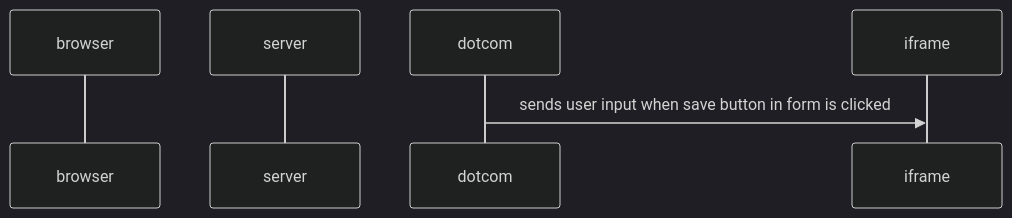
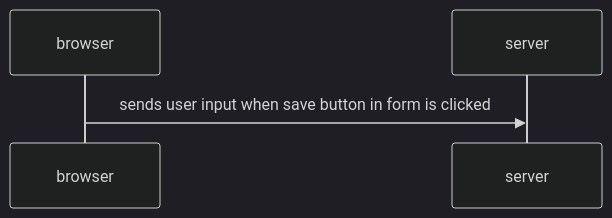
Before and after one commit to ARK2K/fullstackopen: the diagram in part0/new-note-diagram.md, drawn with Mermaid (dark theme).

````diff
--- a/part0/new-note-diagram.md
+++ b/part0/new-note-diagram.md
@@ -1,6 +1,6 @@
 ```mermaid
 sequenceDiagram
     participant browser
     participant server
-    dotcom->>iframe: sends user input when save button in form is clicked
+    browser->>server: sends user input when save button in form is clicked
 ```
````
